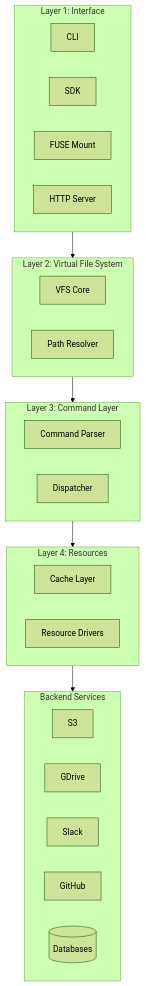
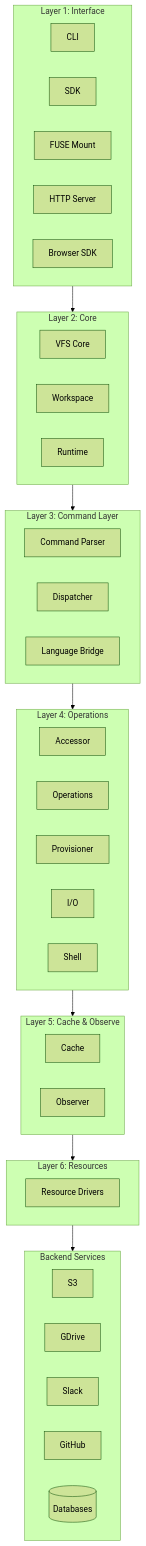
One commit to ewe-studios/explorations changed the first of 4 diagrams in src.strukto-ai/mirage/markdown/01-architecture.md. Above: the diagram before and after it, drawn with Mermaid (forest theme). The commit also changed other lines of this file and 7 other files, not shown here.

````diff
--- a/src.strukto-ai/mirage/markdown/01-architecture.md
+++ b/src.strukto-ai/mirage/markdown/01-architecture.md
@@ -13,37 +13,54 @@
 ```mermaid
 flowchart TB
     subgraph Layer1["Layer 1: Interface"]
         CLI[CLI]
         SDK[SDK]
         FUSE[FUSE Mount]
         SERVER[HTTP Server]
+        BROWSER[Browser SDK]
     end
 
-    subgraph Layer2["Layer 2: Virtual File System"]
+    subgraph Layer2["Layer 2: Core"]
         VFS[VFS Core]
-        PATH[Path Resolver]
+        WORKSPACE[Workspace]
+        RUNTIME[Runtime]
     end
 
     subgraph Layer3["Layer 3: Command Layer"]
         CMD[Command Parser]
         DISPATCH[Dispatcher]
+        BRIDGE[Language Bridge]
     end
 
-    subgraph Layer4["Layer 4: Resources"]
-        CACHE[Cache Layer]
+    subgraph Layer4["Layer 4: Operations"]
+        ACCESSOR[Accessor]
+        OPS[Operations]
+        PROVISION[Provisioner]
+        IO[I/O]
+        SHELL[Shell]
+    end
+
+    subgraph Layer5["Layer 5: Cache & Observe"]
+        CACHE[Cache]
+        OBSERVE[Observer]
+    end
+
+    subgraph Layer6["Layer 6: Resources"]
         RESOURCES[Resource Drivers]
     end
 
     subgraph Backends["Backend Services"]
         S3[S3]
         DRIVE[GDrive]
         SLACK[Slack]
         GH[GitHub]
         DB[(Databases)]
     end
 
     Layer1 --> Layer2
     Layer2 --> Layer3
     Layer3 --> Layer4
-    Layer4 --> Backends
+    Layer4 --> Layer5
+    Layer5 --> Layer6
+    Layer6 --> Backends
 ```
````
